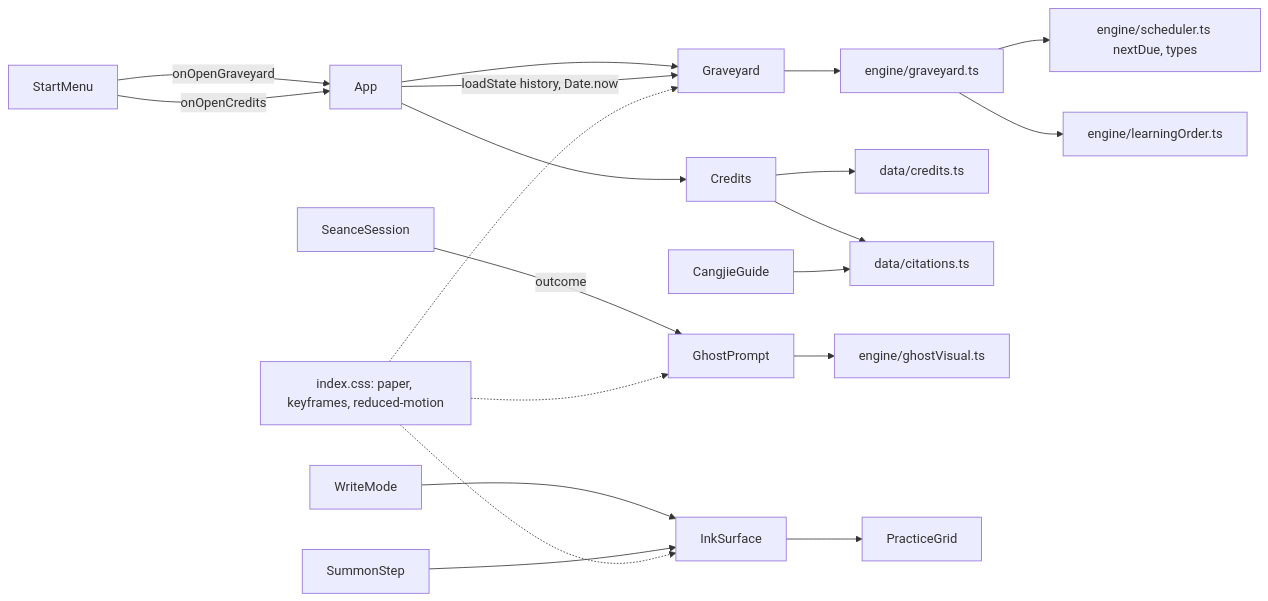
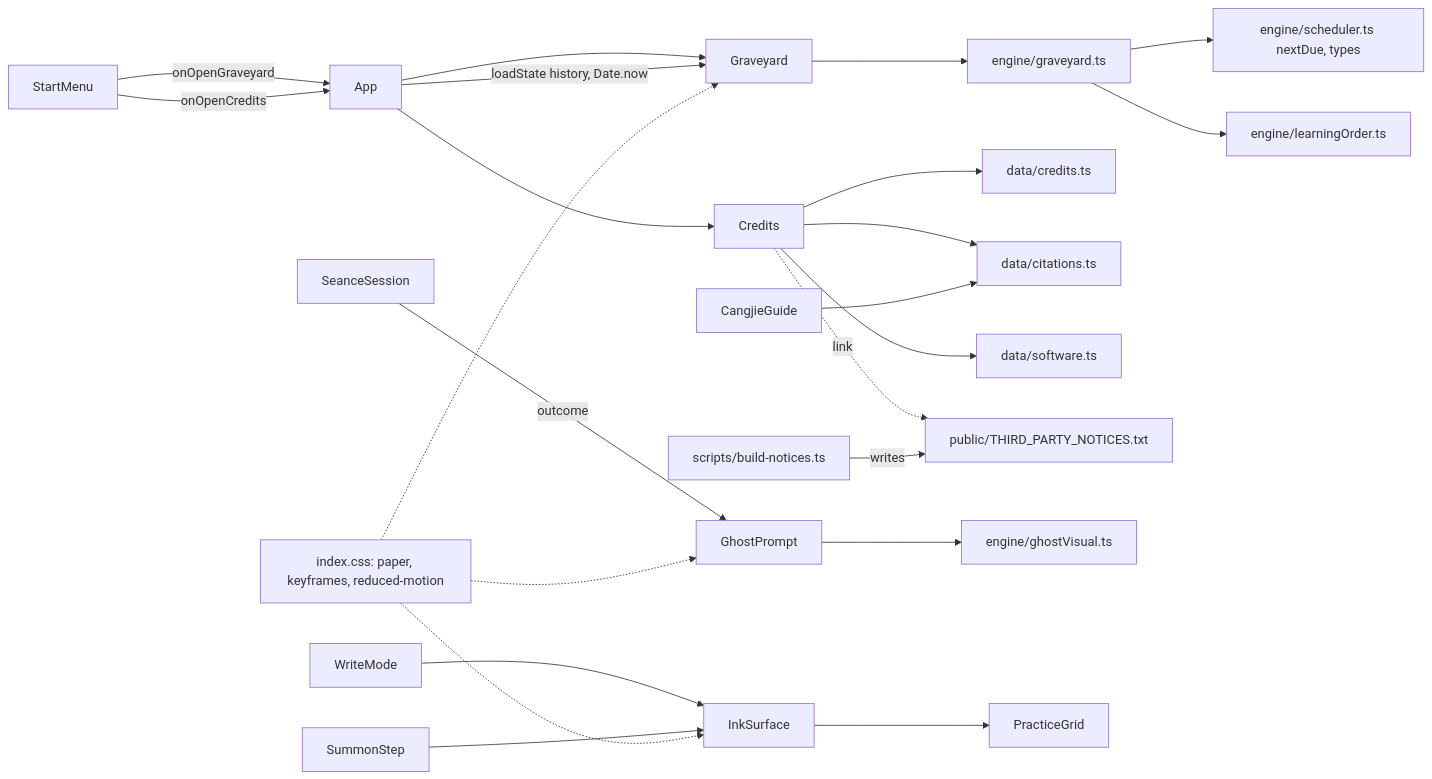
One commit to Taki-PRO/ghost-script changed the diagram in .kiro/specs/visual-identity/design.md. Above: the diagram before and after it, drawn with Mermaid. The commit also changed other lines of this file and 50 other files, not shown here.

````diff
--- a/.kiro/specs/visual-identity/design.md
+++ b/.kiro/specs/visual-identity/design.md
@@ -40,22 +56,25 @@
 ```mermaid
 flowchart LR
     Menu[StartMenu] -->|onOpenGraveyard| App
     Menu -->|onOpenCredits| App
     App --> GY[Graveyard]
     App --> CR[Credits]
     GY --> EG[engine/graveyard.ts]
     EG --> SCH[engine/scheduler.ts nextDue, types]
     EG --> LO[engine/learningOrder.ts]
     App -->|loadState history, Date.now| GY
     CR --> CD[data/credits.ts]
     CR --> CI[data/citations.ts]
+    CR --> SW[data/software.ts]
+    CR -.->|link| NF[public/THIRD_PARTY_NOTICES.txt]
+    NS[scripts/build-notices.ts] -->|writes| NF
     Guide[CangjieGuide] --> CI
     SS[SeanceSession] -->|outcome| GP[GhostPrompt]
     GP --> EV[engine/ghostVisual.ts]
     WM[WriteMode] --> IS[InkSurface]
     SU[SummonStep] --> IS
     IS --> PG[PracticeGrid]
     CSS[index.css: paper, keyframes, reduced-motion] -.-> IS
     CSS -.-> GP
     CSS -.-> GY
 ```
````
